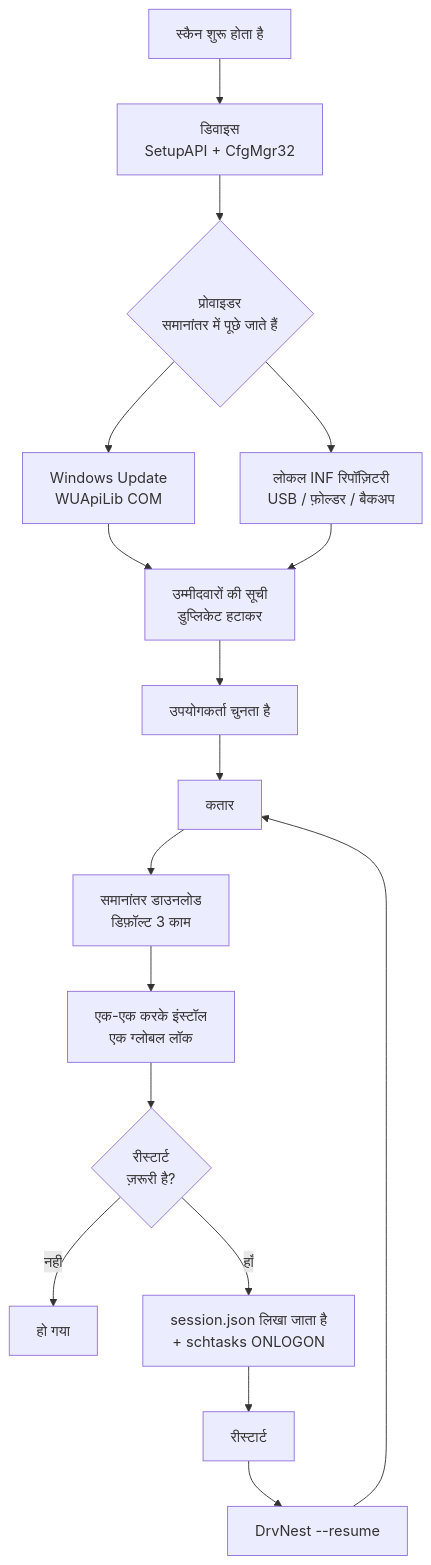
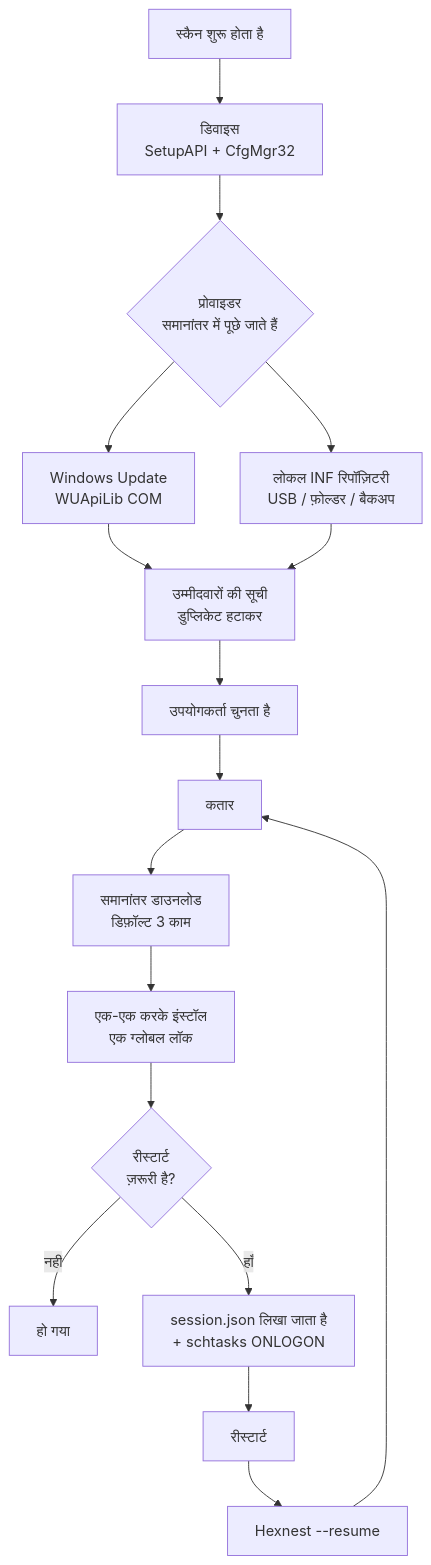
Before and after one commit to ahmetcaglayan/DrvNest: the diagram in README.hi.md, drawn with Mermaid. The commit also changed other lines of this file and 380 other files, not shown here.

````diff
--- a/README.hi.md
+++ b/README.hi.md
@@ -248,19 +315,19 @@
 ```mermaid
 flowchart TD
     A["स्कैन शुरू होता है"] --> B["डिवाइस<br/>SetupAPI + CfgMgr32"]
     B --> C{"प्रोवाइडर<br/>समानांतर में पूछे जाते हैं"}
     C --> D["Windows Update<br/>WUApiLib COM"]
     C --> E["लोकल INF रिपॉज़िटरी<br/>USB / फ़ोल्डर / बैकअप"]
     D --> F["उम्मीदवारों की सूची<br/>डुप्लिकेट हटाकर"]
     E --> F
     F --> G["उपयोगकर्ता चुनता है"]
     G --> H["कतार"]
     H --> I["समानांतर डाउनलोड<br/>डिफ़ॉल्ट 3 काम"]
     I --> J["एक-एक करके इंस्टॉल<br/>एक ग्लोबल लॉक"]
     J --> K{"रीस्टार्ट<br/>ज़रूरी है?"}
     K -->|नहीं| L["हो गया"]
     K -->|हाँ| M["session.json लिखा जाता है<br/>+ schtasks ONLOGON"]
     M --> N["रीस्टार्ट"]
-    N --> O["DrvNest --resume"]
+    N --> O["Hexnest --resume"]
     O --> H
 ```
````
